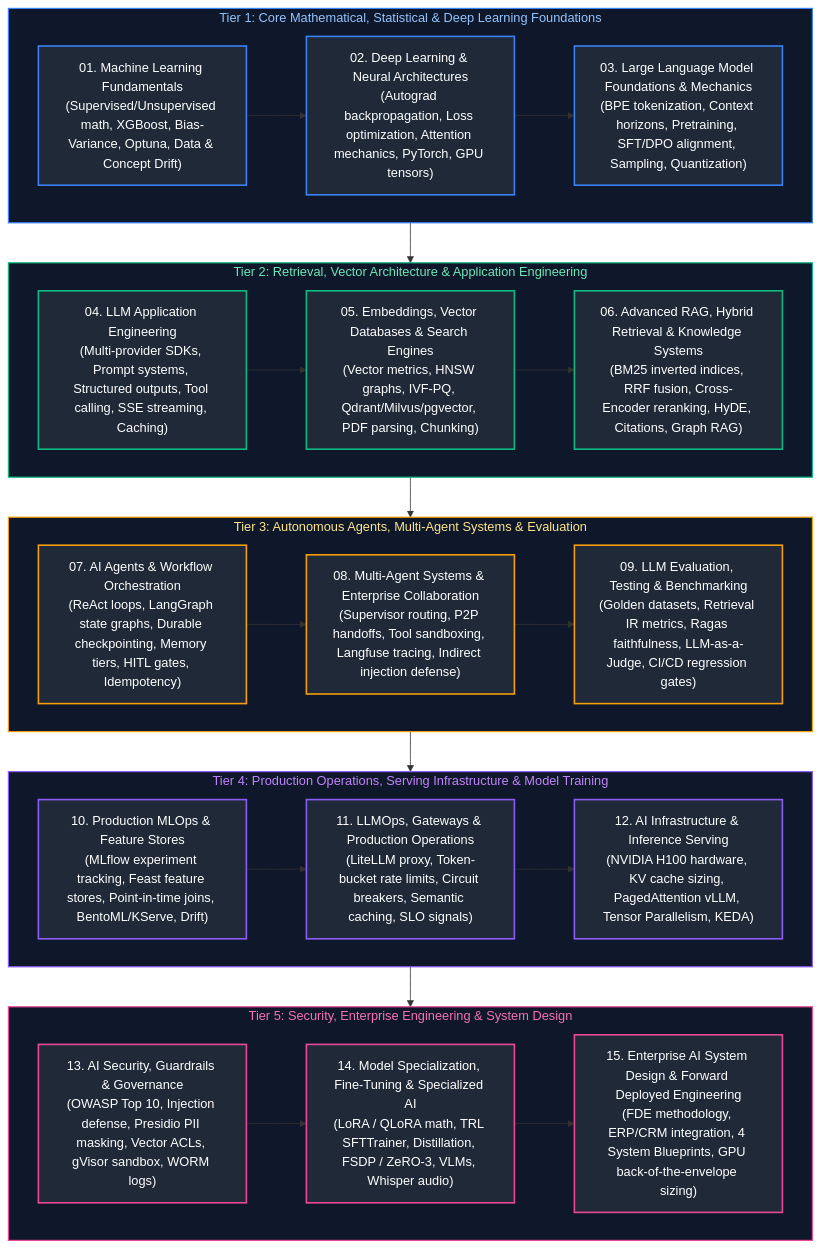
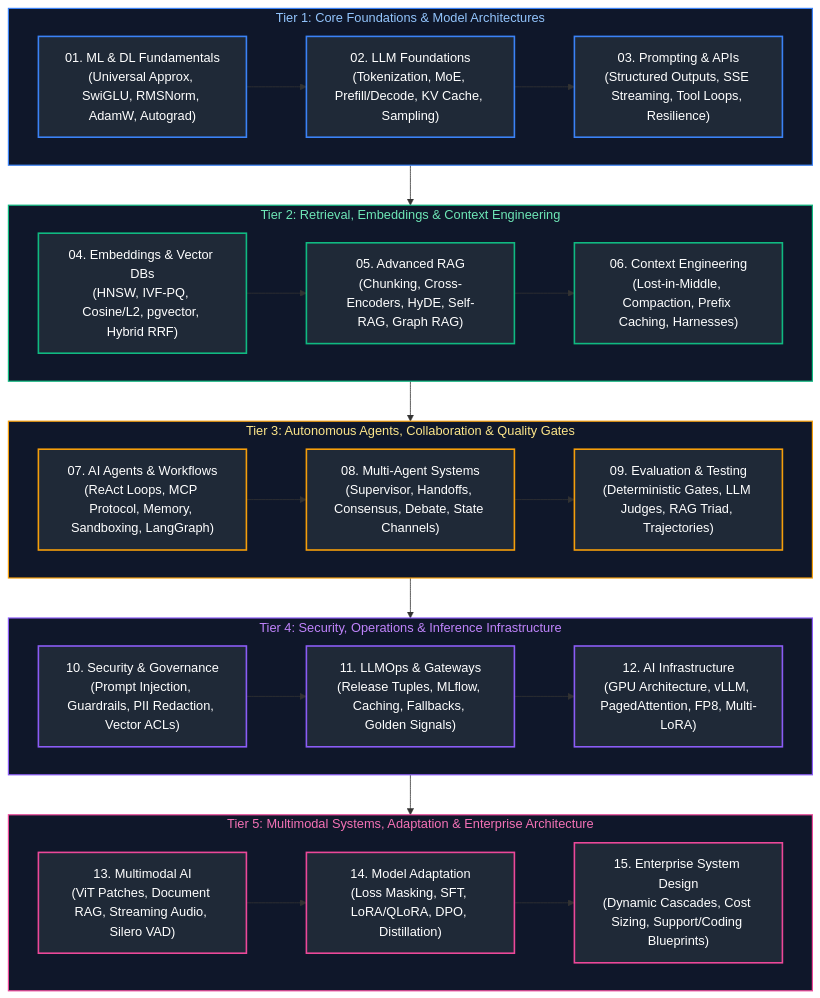
One commit to joydeep-biswas/Interview-Preparation changed the diagram in AI Engineering/00_ai_study_guide_and_index.md. Above: the diagram before and after it, drawn with Mermaid. The commit also changed other lines of this file and 143 other files, not shown here.

````diff
--- a/AI Engineering/00_ai_study_guide_and_index.md
+++ b/AI Engineering/00_ai_study_guide_and_index.md
@@ -11,59 +11,63 @@
 ```mermaid
 flowchart TD
-    subgraph Tier1 ["Tier 1: Core Mathematical, Statistical & Deep Learning Foundations"]
-        M1["01. Machine Learning Fundamentals<br/>(Supervised/Unsupervised math, XGBoost, Bias-Variance, Optuna, Data & Concept Drift)"]
-        --> M2["02. Deep Learning & Neural Architectures<br/>(Autograd backpropagation, Loss optimization, Attention mechanics, PyTorch, GPU tensors)"]
-        --> M3["03. Large Language Model Foundations & Mechanics<br/>(BPE tokenization, Context horizons, Pretraining, SFT/DPO alignment, Sampling, Quantization)"]
+    subgraph Tier1 ["Tier 1: Core Foundations & Model Architectures"]
+        direction LR
+        M1["01. ML & DL Fundamentals<br/>(Universal Approx, SwiGLU, RMSNorm, AdamW, Autograd)"]
+        --> M2["02. LLM Foundations<br/>(Tokenization, MoE, Prefill/Decode, KV Cache, Sampling)"]
+        --> M3["03. Prompting & APIs<br/>(Structured Outputs, SSE Streaming, Tool Loops, Resilience)"]
     end
 
-    subgraph Tier2 ["Tier 2: Retrieval, Vector Architecture & Application Engineering"]
-        M4["04. LLM Application Engineering<br/>(Multi-provider SDKs, Prompt systems, Structured outputs, Tool calling, SSE streaming, Caching)"]
-        --> M5["05. Embeddings, Vector Databases & Search Engines<br/>(Vector metrics, HNSW graphs, IVF-PQ, Qdrant/Milvus/pgvector, PDF parsing, Chunking)"]
-        --> M6["06. Advanced RAG, Hybrid Retrieval & Knowledge Systems<br/>(BM25 inverted indices, RRF fusion, Cross-Encoder reranking, HyDE, Citations, Graph RAG)"]
+    subgraph Tier2 ["Tier 2: Retrieval, Embeddings & Context Engineering"]
+        direction LR
+        M4["04. Embeddings & Vector DBs<br/>(HNSW, IVF-PQ, Cosine/L2, pgvector, Hybrid RRF)"]
+        --> M5["05. Advanced RAG<br/>(Chunking, Cross-Encoders, HyDE, Self-RAG, Graph RAG)"]
+        --> M6["06. Context Engineering<br/>(Lost-in-Middle, Compaction, Prefix Caching, Harnesses)"]
     end
 
-    subgraph Tier3 ["Tier 3: Autonomous Agents, Multi-Agent Systems & Evaluation"]
-        M7["07. AI Agents & Workflow Orchestration<br/>(ReAct loops, LangGraph state graphs, Durable checkpointing, Memory tiers, HITL gates, Idempotency)"]
-        --> M8["08. Multi-Agent Systems & Enterprise Collaboration<br/>(Supervisor routing, P2P handoffs, Tool sandboxing, Langfuse tracing, Indirect injection defense)"]
-        --> M9["09. LLM Evaluation, Testing & Benchmarking<br/>(Golden datasets, Retrieval IR metrics, Ragas faithfulness, LLM-as-a-Judge, CI/CD regression gates)"]
+    subgraph Tier3 ["Tier 3: Autonomous Agents, Collaboration & Quality Gates"]
+        direction LR
+        M7["07. AI Agents & Workflows<br/>(ReAct Loops, MCP Protocol, Memory, Sandboxing, LangGraph)"]
+        --> M8["08. Multi-Agent Systems<br/>(Supervisor, Handoffs, Consensus, Debate, State Channels)"]
+        --> M9["09. Evaluation & Testing<br/>(Deterministic Gates, LLM Judges, RAG Triad, Trajectories)"]
     end
 
-    subgraph Tier4 ["Tier 4: Production Operations, Serving Infrastructure & Model Training"]
-        M10["10. Production MLOps & Feature Stores<br/>(MLflow experiment tracking, Feast feature stores, Point-in-time joins, BentoML/KServe, Drift)"]
-        --> M11["11. LLMOps, Gateways & Production Operations<br/>(LiteLLM proxy, Token-bucket rate limits, Circuit breakers, Semantic caching, SLO signals)"]
-        --> M12["12. AI Infrastructure & Inference Serving<br/>(NVIDIA H100 hardware, KV cache sizing, PagedAttention vLLM, Tensor Parallelism, KEDA)"]
+    subgraph Tier4 ["Tier 4: Security, Operations & Inference Infrastructure"]
+        direction LR
+        M10["10. Security & Governance<br/>(Prompt Injection, Guardrails, PII Redaction, Vector ACLs)"]
+        --> M11["11. LLMOps & Gateways<br/>(Release Tuples, MLflow, Caching, Fallbacks, Golden Signals)"]
+        --> M12["12. AI Infrastructure<br/>(GPU Architecture, vLLM, PagedAttention, FP8, Multi-LoRA)"]
     end
 
-    subgraph Tier5 ["Tier 5: Security, Enterprise Engineering & System Design"]
-        M13["13. AI Security, Guardrails & Governance<br/>(OWASP Top 10, Injection defense, Presidio PII masking, Vector ACLs, gVisor sandbox, WORM logs)"]
-        --> M14["14. Model Specialization, Fine-Tuning & Specialized AI<br/>(LoRA / QLoRA math, TRL SFTTrainer, Distillation, FSDP / ZeRO-3, VLMs, Whisper audio)"]
-        --> M15["15. Enterprise AI System Design & Forward Deployed Engineering<br/>(FDE methodology, ERP/CRM integration, 4 System Blueprints, GPU back-of-the-envelope sizing)"]
+    subgraph Tier5 ["Tier 5: Multimodal Systems, Adaptation & Enterprise Architecture"]
+        direction LR
+        M13["13. Multimodal AI<br/>(ViT Patches, Document RAG, Streaming Audio, Silero VAD)"]
+        --> M14["14. Model Adaptation<br/>(Loss Masking, SFT, LoRA/QLoRA, DPO, Distillation)"]
+        --> M15["15. Enterprise System Design<br/>(Dynamic Cascades, Cost Sizing, Support/Coding Blueprints)"]
     end
 
     Tier1 --> Tier2
     Tier2 --> Tier3
     Tier3 --> Tier4
     Tier4 --> Tier5
 
     style Tier1 fill:#0f172a,stroke:#3b82f6,stroke-width:1.5px,color:#93c5fd
     style Tier2 fill:#0f172a,stroke:#10b981,stroke-width:1.5px,color:#6ee7b7
     style Tier3 fill:#0f172a,stroke:#f59e0b,stroke-width:1.5px,color:#fde68a
     style Tier4 fill:#0f172a,stroke:#8b5cf6,stroke-width:1.5px,color:#c084fc
     style Tier5 fill:#0f172a,stroke:#ec4899,stroke-width:1.5px,color:#f472b6
-
     style M1 fill:#1f2937,stroke:#3b82f6,stroke-width:2px,color:#fff
     style M2 fill:#1f2937,stroke:#3b82f6,stroke-width:2px,color:#fff
     style M3 fill:#1f2937,stroke:#3b82f6,stroke-width:2px,color:#fff
     style M4 fill:#1f2937,stroke:#10b981,stroke-width:2px,color:#fff
     style M5 fill:#1f2937,stroke:#10b981,stroke-width:2px,color:#fff
     style M6 fill:#1f2937,stroke:#10b981,stroke-width:2px,color:#fff
     style M7 fill:#1f2937,stroke:#f59e0b,stroke-width:2px,color:#fff
     style M8 fill:#1f2937,stroke:#f59e0b,stroke-width:2px,color:#fff
     style M9 fill:#1f2937,stroke:#f59e0b,stroke-width:2px,color:#fff
     style M10 fill:#1f2937,stroke:#8b5cf6,stroke-width:2px,color:#fff
     style M11 fill:#1f2937,stroke:#8b5cf6,stroke-width:2px,color:#fff
     style M12 fill:#1f2937,stroke:#8b5cf6,stroke-width:2px,color:#fff
     style M13 fill:#1f2937,stroke:#ec4899,stroke-width:2px,color:#fff
     style M14 fill:#1f2937,stroke:#ec4899,stroke-width:2px,color:#fff
     style M15 fill:#1f2937,stroke:#ec4899,stroke-width:2px,color:#fff
 ```
````
